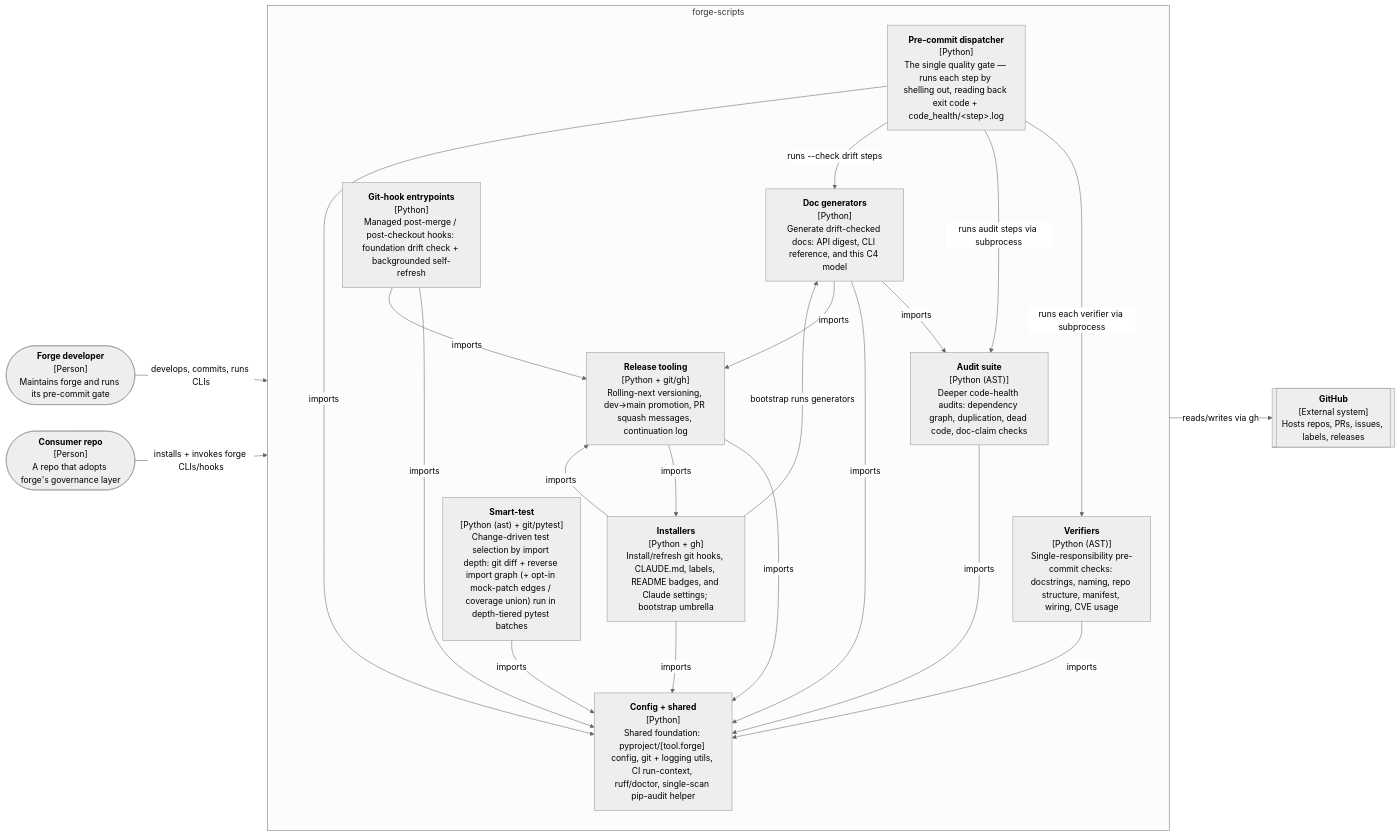
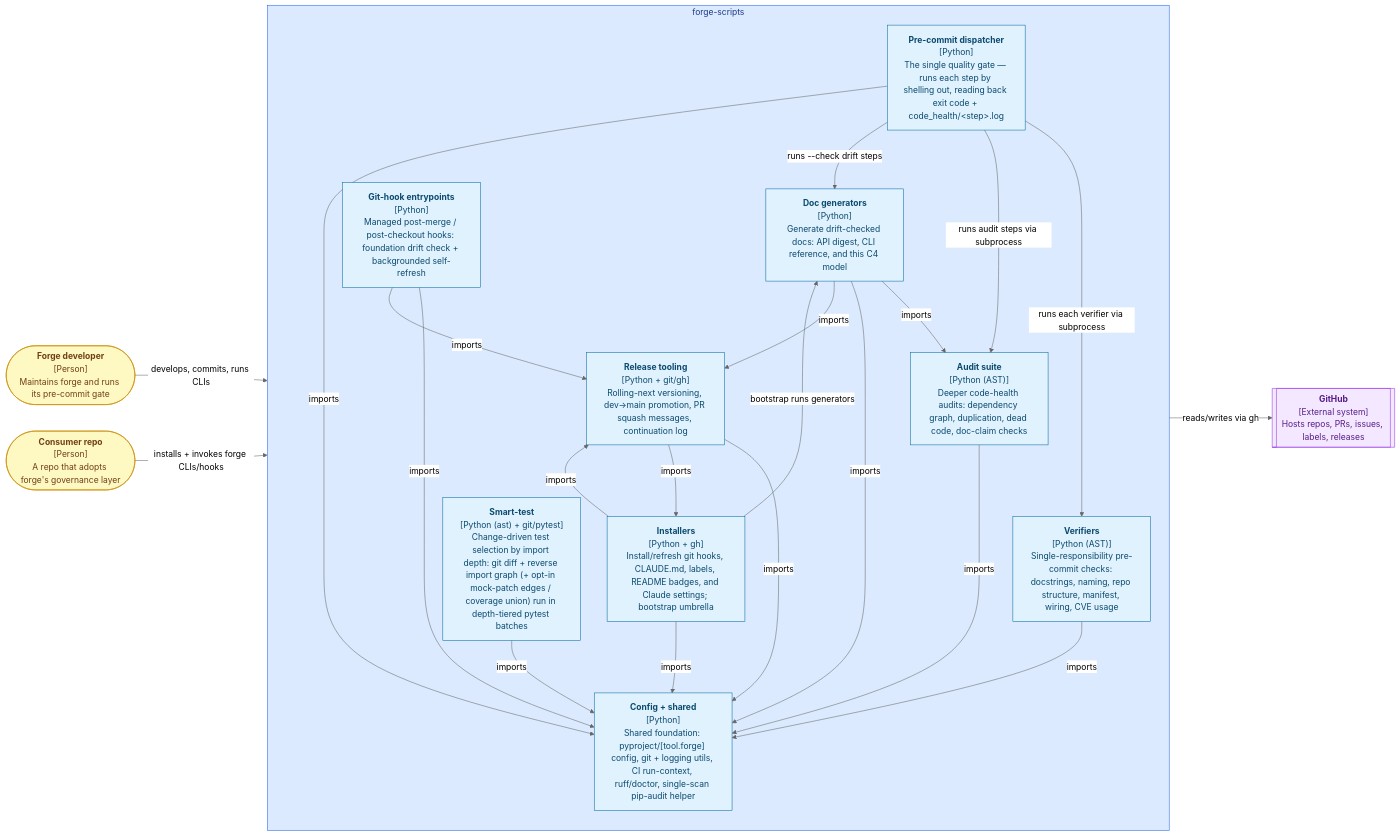
The diagram in README.md (misnaej/forge), drawn with Mermaid (neutral theme) before and after one commit. The commit also changed other lines of this file and 28 other files, not shown here.

````diff
--- a/README.md
+++ b/README.md
@@ -117,37 +120,54 @@
 ```mermaid
 graph LR
     forge_developer(["<b>Forge developer</b><br/>[Person]<br/>Maintains forge and runs its pre-commit gate"])
     consumer_repo(["<b>Consumer repo</b><br/>[Person]<br/>A repo that adopts forge's governance layer"])
     github[["<b>GitHub</b><br/>[External system]<br/>Hosts repos, PRs, issues, labels, releases"]]
     subgraph forge_scripts["forge-scripts"]
         pre_commit_dispatcher["<b>Pre-commit dispatcher</b><br/>[Python]<br/>The single quality gate — runs each step by shelling out, reading back exit code + code_health/&lt;step&gt;.log"]
         audit_suite["<b>Audit suite</b><br/>[Python (AST)]<br/>Deeper code-health audits: dependency graph, duplication, dead code, doc-claim checks"]
         verifiers["<b>Verifiers</b><br/>[Python (AST)]<br/>Single-responsibility pre-commit checks: docstrings, naming, repo structure, manifest, wiring, CVE usage"]
         installers["<b>Installers</b><br/>[Python + gh]<br/>Install/refresh git hooks, CLAUDE.md, labels, README badges, and Claude settings; bootstrap umbrella"]
         doc_generators["<b>Doc generators</b><br/>[Python]<br/>Generate drift-checked docs: API digest, CLI reference, and this C4 model"]
         git_hook_entrypoints["<b>Git-hook entrypoints</b><br/>[Python]<br/>Managed post-merge / post-checkout hooks: foundation drift check + backgrounded self-refresh"]
         release_tooling["<b>Release tooling</b><br/>[Python + git/gh]<br/>Rolling-next versioning, dev→main promotion, PR squash messages, continuation log"]
         smart_test["<b>Smart-test</b><br/>[Python (ast) + git/pytest]<br/>Change-driven test selection by import depth: git diff + reverse import graph (+ opt-in mock-patch edges / coverage union) run in depth-tiered pytest batches"]
         config_shared["<b>Config + shared</b><br/>[Python]<br/>Shared foundation: pyproject/[tool.forge] config, git + logging utils, CI run-context, ruff/doctor, single-scan pip-audit helper"]
     end
     forge_developer -->|"develops, commits, runs CLIs"| forge_scripts
     consumer_repo -->|"installs + invokes forge CLIs/hooks"| forge_scripts
     forge_scripts -->|"reads/writes via gh"| github
     pre_commit_dispatcher -->|"runs each verifier via subprocess"| verifiers
     pre_commit_dispatcher -->|"runs audit steps via subprocess"| audit_suite
     pre_commit_dispatcher -->|"runs --check drift steps"| doc_generators
     installers -->|"bootstrap runs generators"| doc_generators
     audit_suite -->|"imports"| config_shared
     doc_generators -->|"imports"| audit_suite
     doc_generators -->|"imports"| config_shared
     doc_generators -->|"imports"| release_tooling
     git_hook_entrypoints -->|"imports"| config_shared
     git_hook_entrypoints -->|"imports"| release_tooling
     installers -->|"imports"| config_shared
     installers -->|"imports"| release_tooling
     pre_commit_dispatcher -->|"imports"| config_shared
     release_tooling -->|"imports"| config_shared
     release_tooling -->|"imports"| installers
     smart_test -->|"imports"| config_shared
     verifiers -->|"imports"| config_shared
+    classDef component fill:#e0f2fe,stroke:#0369a1,color:#0c4a6e
+    classDef container fill:#dbeafe,stroke:#2563eb,color:#1e3a8a
+    classDef external fill:#f3e8ff,stroke:#9333ea,color:#581c87
+    classDef person fill:#fef9c3,stroke:#ca8a04,color:#713f12
+    class forge_developer person
+    class consumer_repo person
+    class github external
+    class forge_scripts container
+    class pre_commit_dispatcher component
+    class audit_suite component
+    class verifiers component
+    class installers component
+    class doc_generators component
+    class git_hook_entrypoints component
+    class release_tooling component
+    class smart_test component
+    class config_shared component
 ```
````
